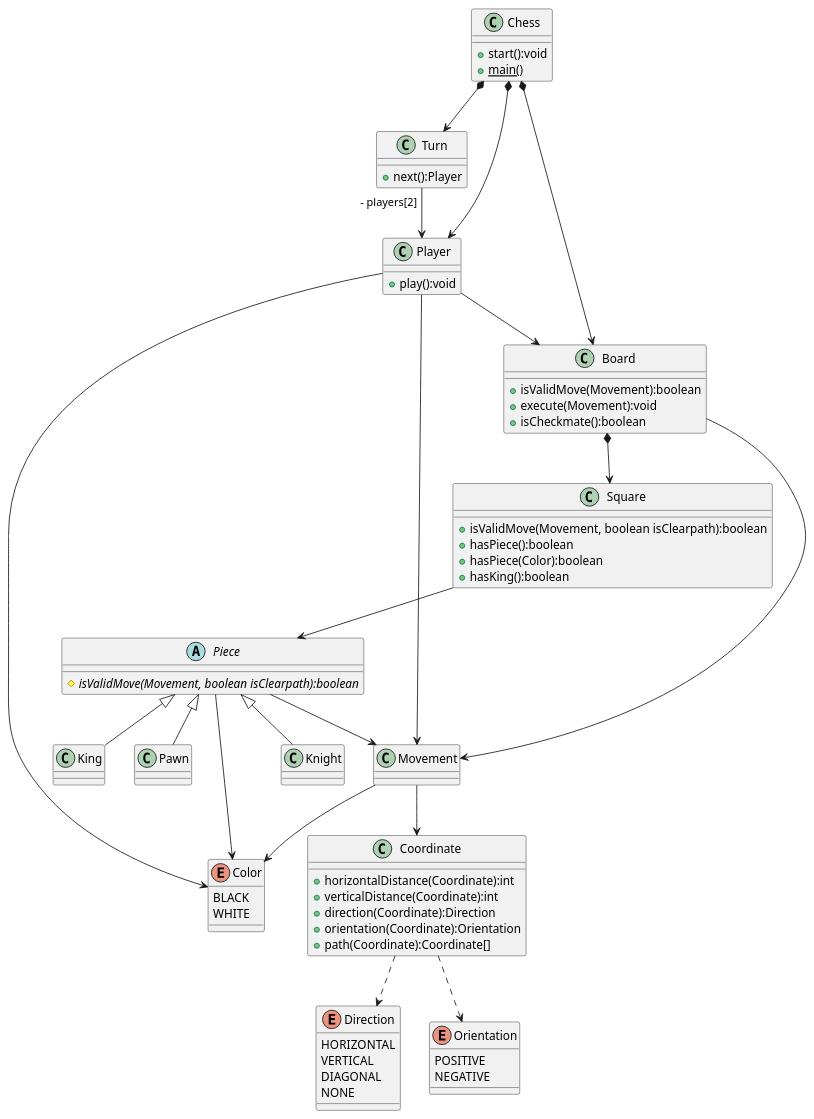
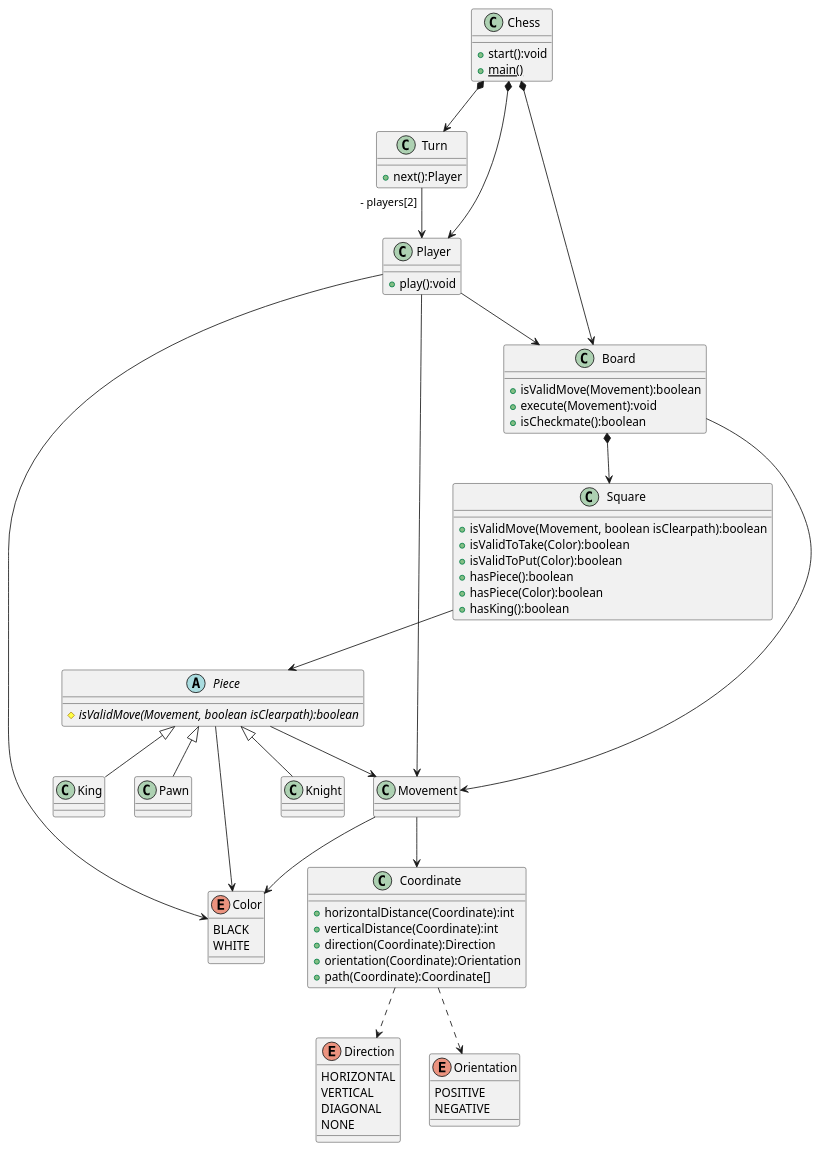
Before and after one commit to ioni5/chess: the diagram in docs/chess.puml, drawn with PlantUML. The commit also changed 3 other files, not shown here.

```diff
--- a/docs/chess.puml
+++ b/docs/chess.puml
@@ -1,84 +1,86 @@
 @startuml chess
 
 class Chess {
     + start():void
     + {static} main()
 }
 
 Chess *--> Board
 Chess *--> Player
 Chess *--> Turn
 
 Turn "- players[2]" --> Player
 
 class Turn {
     + next():Player
 }
 
 Player --> Board
 Player --> Color
 Player --> Movement
 
 Movement --> Coordinate
 Movement --> Color
 
 
 class Player {
     + play():void
 }
 
 
 class Board {
     + isValidMove(Movement):boolean
     + execute(Movement):void
     + isCheckmate():boolean
 }
 
 Board *--> Square
 Square --> Piece
 
 class Square {
     + isValidMove(Movement, boolean isClearpath):boolean
+    + isValidToTake(Color):boolean
+    + isValidToPut(Color):boolean
     + hasPiece():boolean
     + hasPiece(Color):boolean
     + hasKing():boolean
 }
 
 Board --> Movement
 Piece --> Color
 Piece --> Movement
 
 abstract class Piece {
     # {abstract} isValidMove(Movement, boolean isClearpath):boolean
 }
 
 Piece <|-- Pawn
 Piece <|-- Knight
 Piece <|-- King
 
 Enum Color {
     BLACK
     WHITE
 }
 
 class Coordinate {
     + horizontalDistance(Coordinate):int
     + verticalDistance(Coordinate):int
     + direction(Coordinate):Direction
     + orientation(Coordinate):Orientation
     + path(Coordinate):Coordinate[]
 }
 Coordinate ..> Direction
 enum Direction {
     HORIZONTAL
     VERTICAL
     DIAGONAL
     NONE
 }
 Coordinate ..> Orientation
 enum Orientation {
     POSITIVE
     NEGATIVE
 }
 
 @enduml
```
